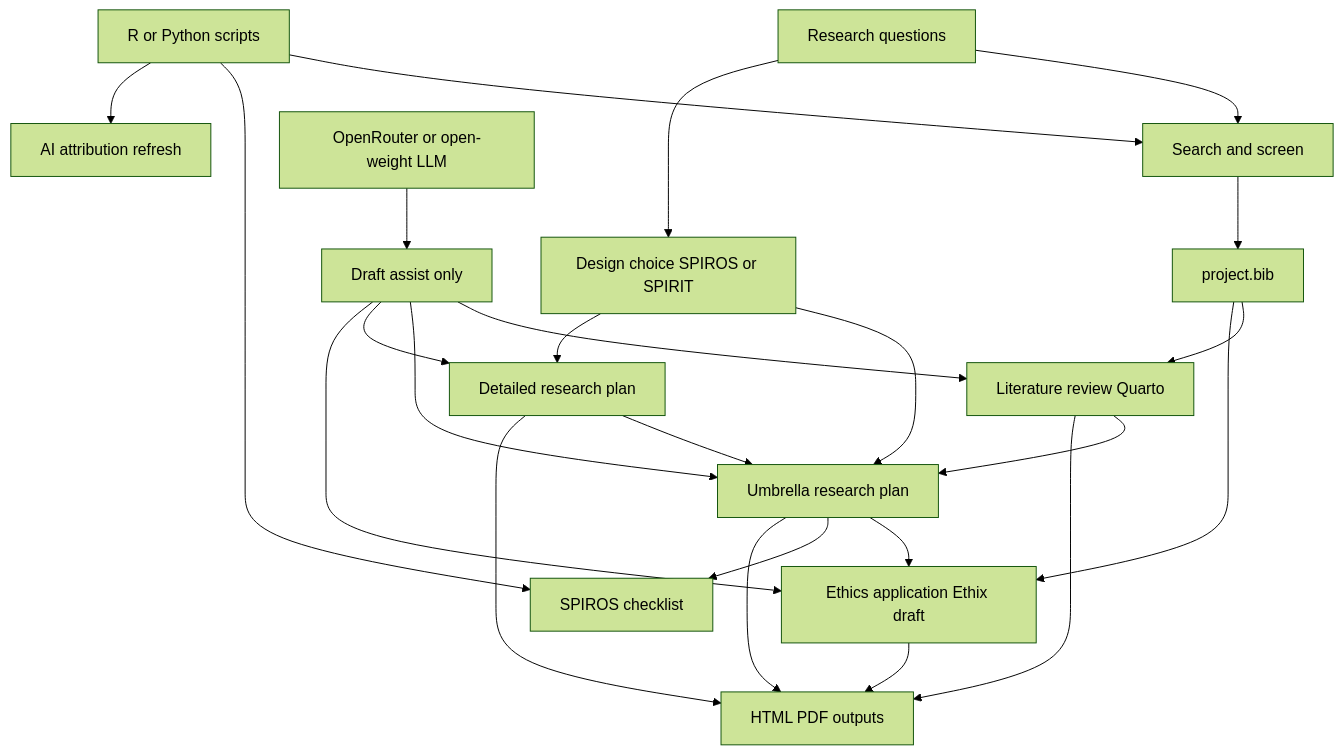
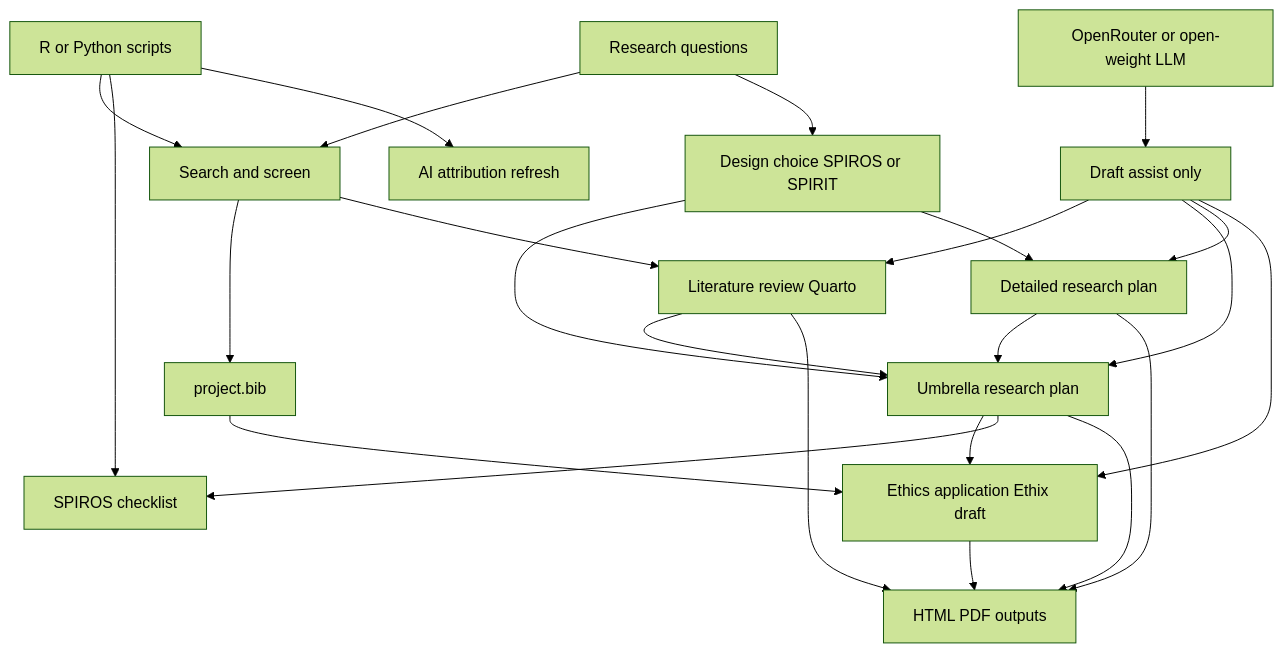
The diagram in docs/plan-research-documents.qmd (martingerdin/personalised-perioperative-management), drawn with Mermaid (forest theme) before and after one commit. The commit also changed other lines of this file and 2 other files, not shown here.

First line of the commit message:
Reorder plan: literature before umbrella research plan

````diff
--- a/docs/plan-research-documents.qmd
+++ b/docs/plan-research-documents.qmd
@@ -269,26 +269,26 @@
 ```mermaid
 flowchart TD
   A[Research questions] --> B[Search and screen]
   B --> C[project.bib]
-  C --> D[Literature review Quarto]
+  B --> D[Literature review Quarto]
+  D --> F1[Umbrella research plan]
   A --> E[Design choice SPIROS or SPIRIT]
-  E --> F1[Umbrella research plan]
+  E --> F1
   E --> F2[Detailed research plan]
-  D --> F1
   F1 --> G[Ethics application Ethix draft]
   F2 --> F1
   C --> G
   F1 --> H[SPIROS checklist]
   D --> I[HTML PDF outputs]
   F1 --> I
   F2 --> I
   G --> I
   J[R or Python scripts] --> B
   J --> H
   J --> K[AI attribution refresh]
   L[OpenRouter or open-weight LLM] --> M[Draft assist only]
   M --> D
   M --> F1
   M --> F2
   M --> G
 ```
````
